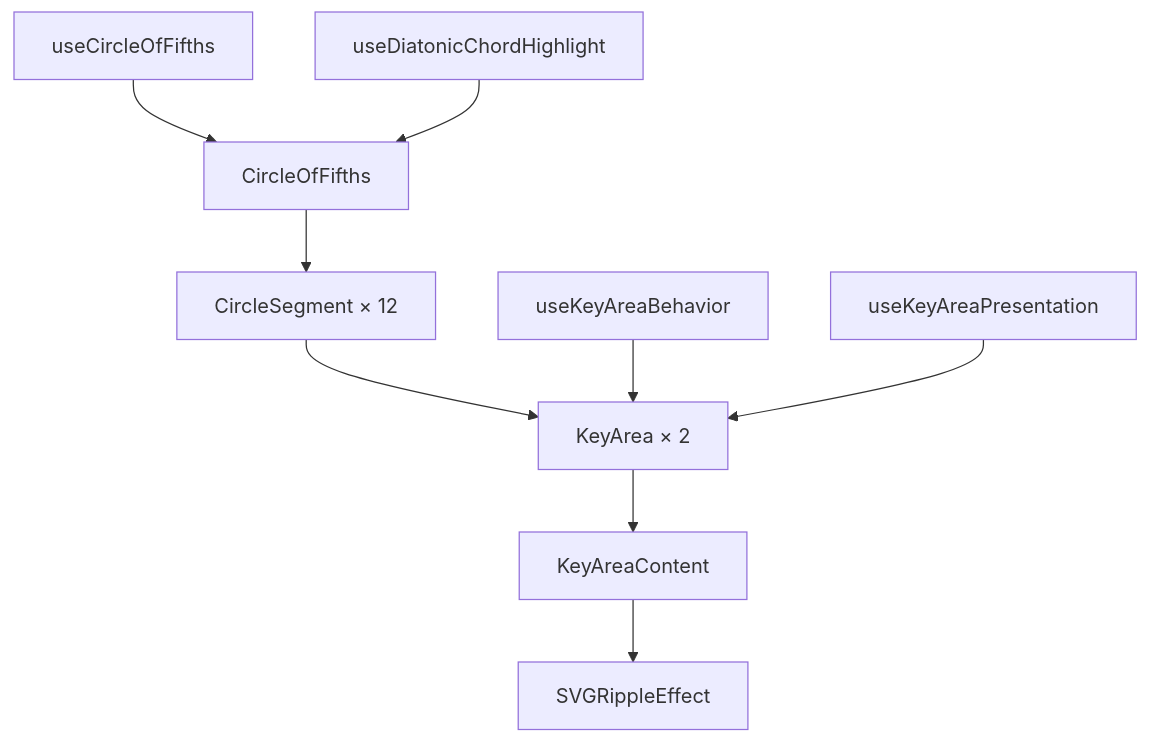
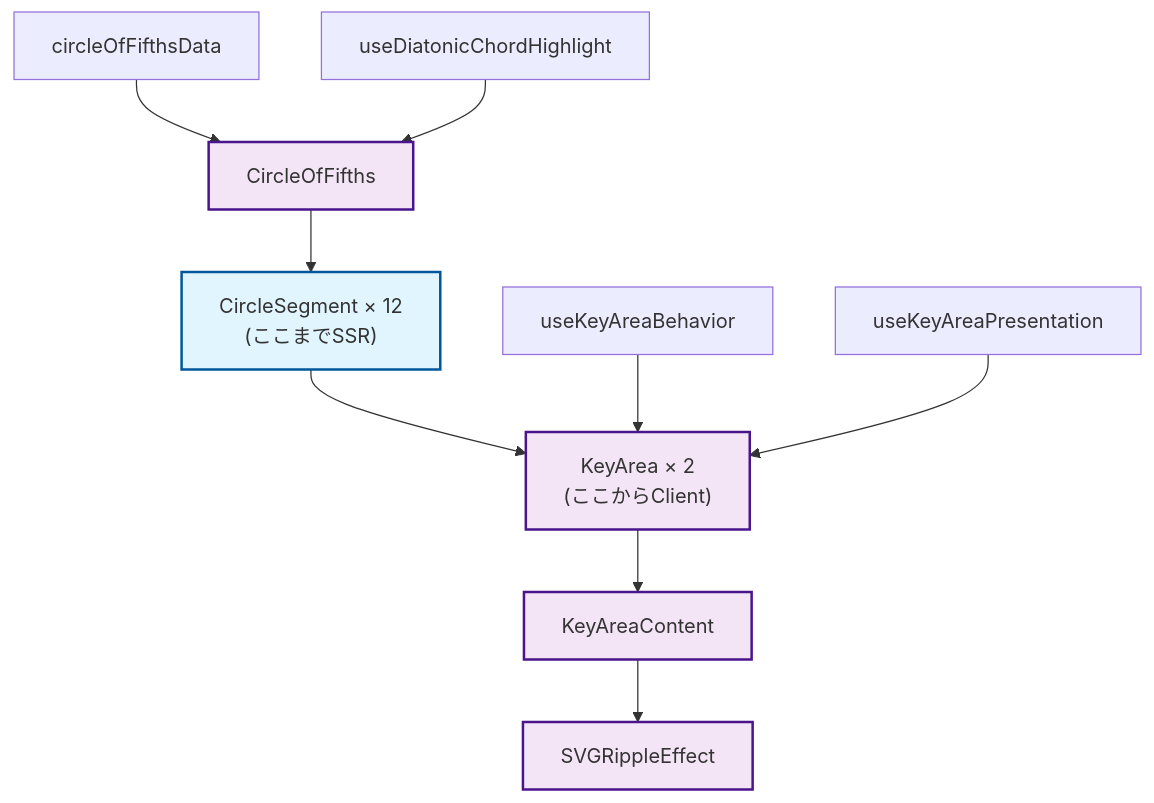
Before and after one commit to endo-ava/music-theory-app: the first of 2 diagrams in src/features/circle-of-fifths/README.md, drawn with Mermaid. The commit also changed other lines of this file and 20 other files, not shown here.

First line of the commit message:
refactor: optimize Circle of Fifths architecture and add SSR support

````diff
--- a/src/features/circle-of-fifths/README.md
+++ b/src/features/circle-of-fifths/README.md
@@ -44,12 +49,18 @@
 ```mermaid
 graph TD
-    A[CircleOfFifths] --> B[CircleSegment × 12]
-    B --> C[KeyArea × 2]
+    A["CircleOfFifths"] --> B["CircleSegment × 12<br/>(ここまでSSR)"]
+    B --> C["KeyArea × 2<br/>(ここからClient)"]
     C --> D[KeyAreaContent]
     D --> E[SVGRippleEffect]
 
-    F[useCircleOfFifths] --> A
+    F[circleOfFifthsData] --> A
     G[useKeyAreaBehavior] --> C
     H[useKeyAreaPresentation] --> C
     I[useDiatonicChordHighlight] --> A
+
+    classDef ssr fill:#e1f5fe,stroke:#01579b,stroke-width:2px
+    classDef client fill:#f3e5f5,stroke:#4a148c,stroke-width:2px
+
+    class A,C,D,E client
+    class B ssr
 ```
````
